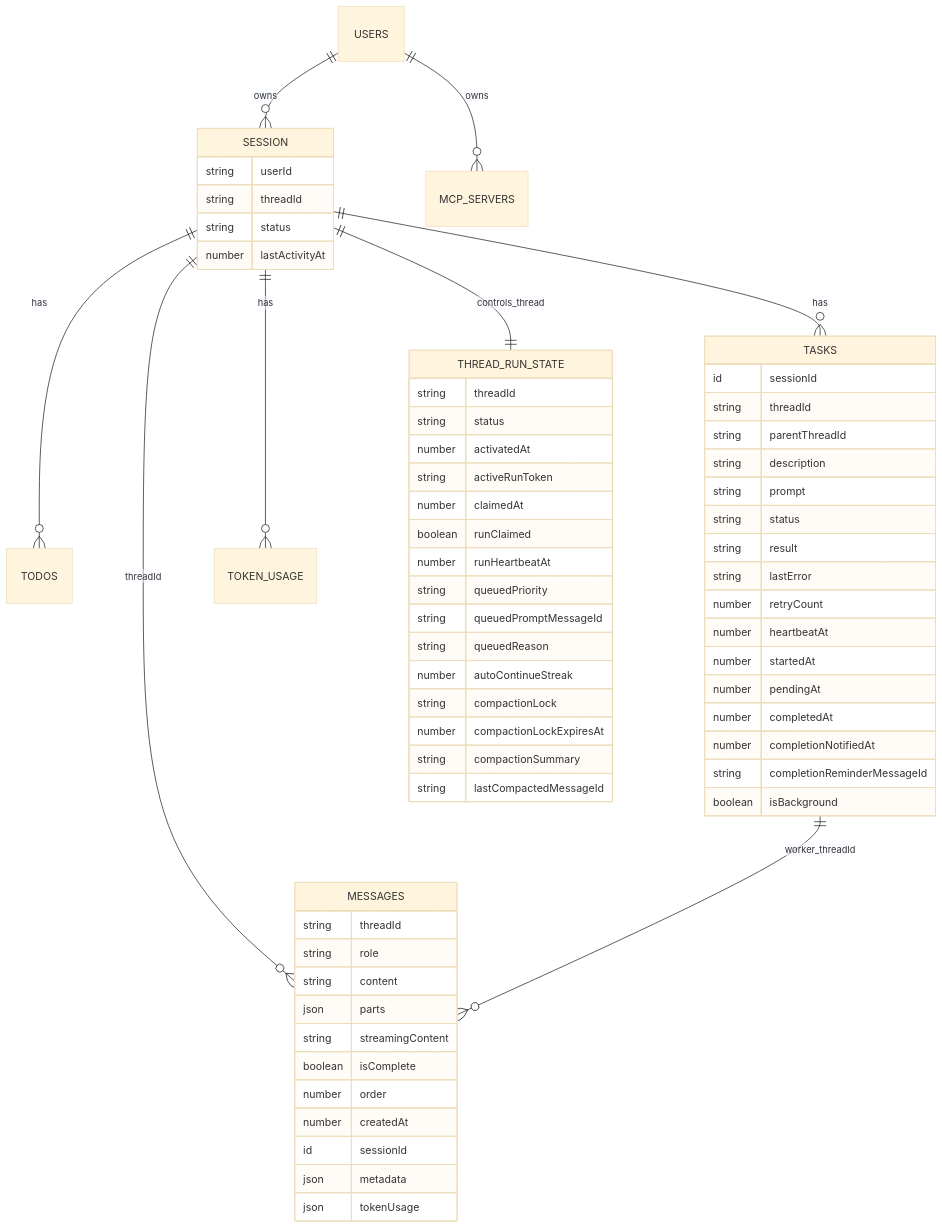
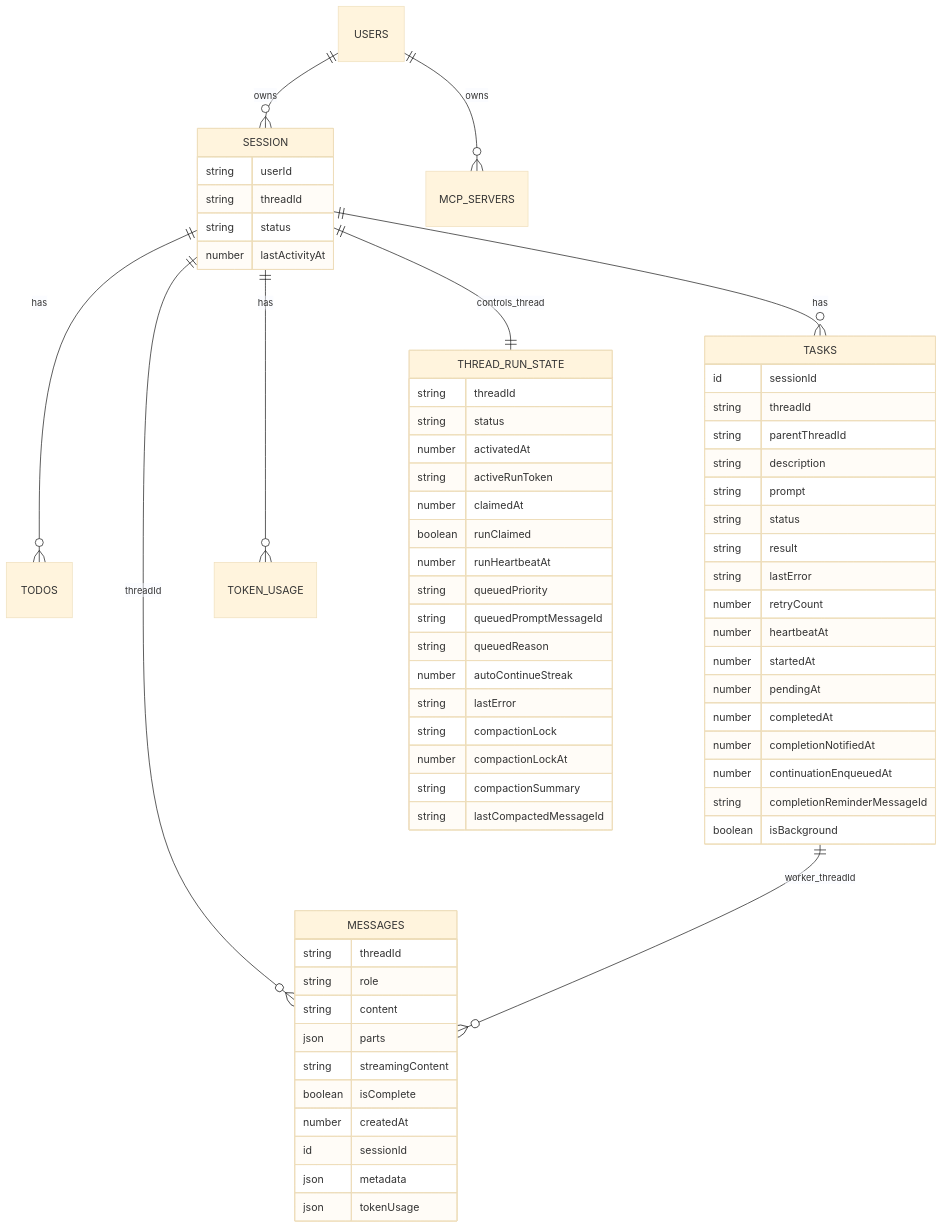
The first of 3 diagrams in apps/agent/plan/schema.md (1qh/noboil), drawn with Mermaid (base theme) before and after one commit. The commit also changed other lines of this file and 8 other files, not shown here.

Commit message:
fix: R20 cross-file consistency - schema aligned, parts-only tool model, token-fenced postTurnAudit, monotonic compaction CAS, terminal reminders, stale janitor, runtime auth fuse, 7 internal specs

````diff
--- a/apps/agent/plan/schema.md
+++ b/apps/agent/plan/schema.md
@@ -108,71 +111,72 @@
 ```mermaid
 erDiagram
     USERS ||--o{ SESSION : owns
     SESSION ||--o{ TODOS : has
     SESSION ||--o{ TASKS : has
     SESSION ||--o{ TOKEN_USAGE : has
 
     SESSION ||--|| THREAD_RUN_STATE : controls_thread
     SESSION ||--o{ MESSAGES : threadId
     TASKS ||--o{ MESSAGES : worker_threadId
 
     USERS ||--o{ MCP_SERVERS : owns
 
     SESSION {
       string userId
       string threadId
       string status
       number lastActivityAt
     }
 
     MESSAGES {
       string threadId
       string role
       string content
       json parts
       string streamingContent
       boolean isComplete
-      number order
       number createdAt
       id sessionId
       json metadata
       json tokenUsage
     }
 
     TASKS {
       id sessionId
       string threadId
       string parentThreadId
       string description
       string prompt
       string status
       string result
       string lastError
       number retryCount
       number heartbeatAt
       number startedAt
       number pendingAt
       number completedAt
       number completionNotifiedAt
+      number continuationEnqueuedAt
       string completionReminderMessageId
       boolean isBackground
     }
 
     THREAD_RUN_STATE {
       string threadId
       string status
       number activatedAt
       string activeRunToken
       number claimedAt
       boolean runClaimed
       number runHeartbeatAt
       string queuedPriority
       string queuedPromptMessageId
       string queuedReason
       number autoContinueStreak
+      string lastError
       string compactionLock
-      number compactionLockExpiresAt
+      number compactionLockAt
       string compactionSummary
       string lastCompactedMessageId
     }
 ```
````
